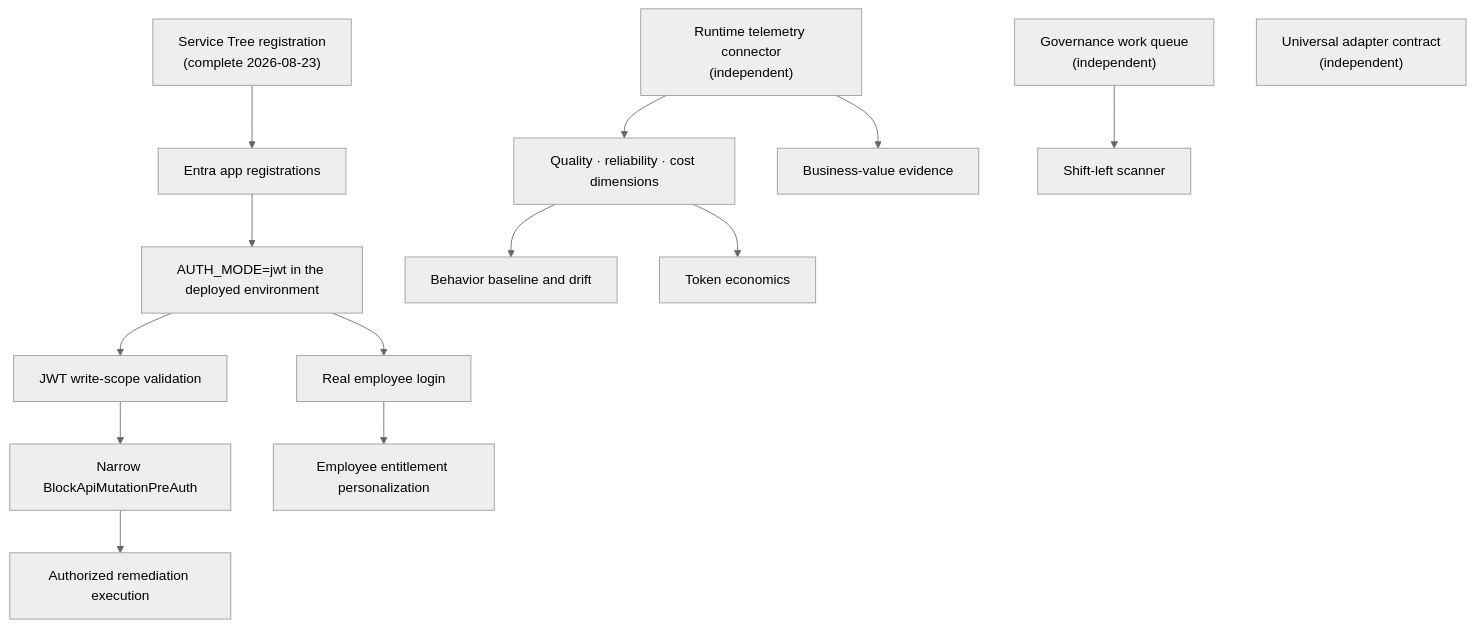
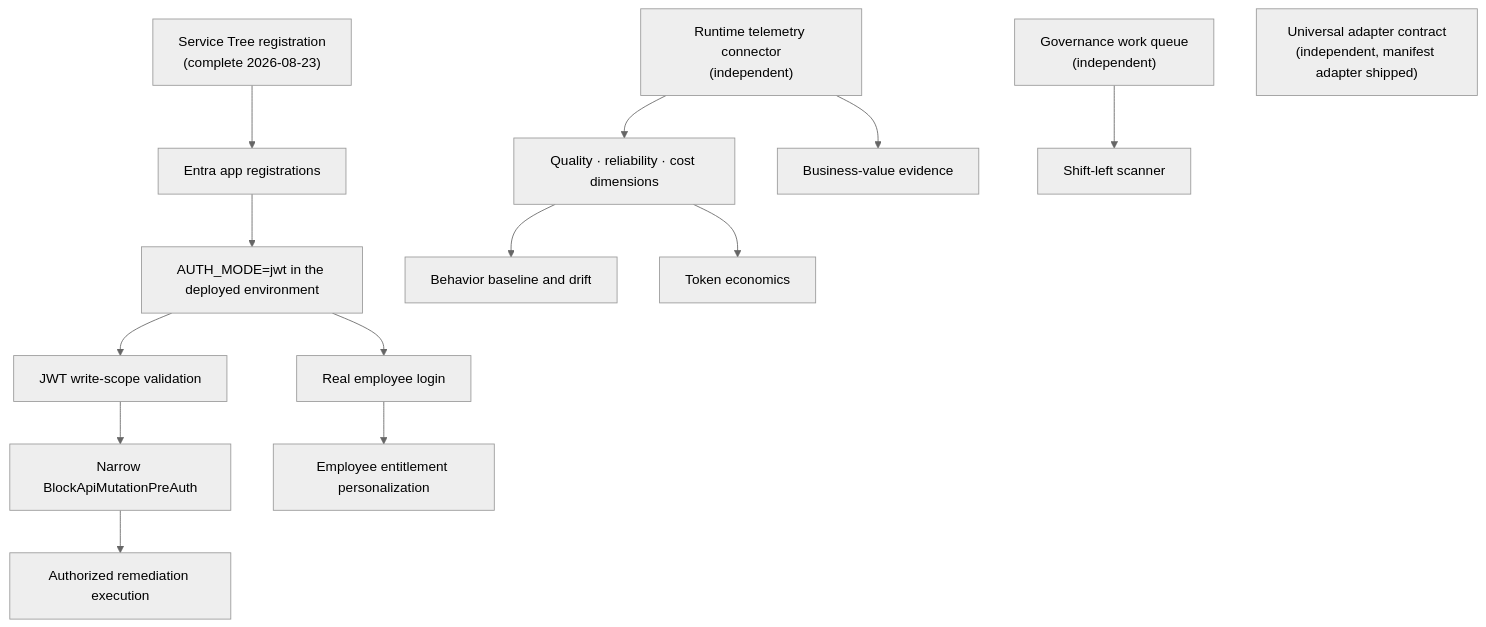
The diagram in docs/roadmap.md (YOONPYOGitHub/agent-sentinel), drawn with Mermaid (neutral theme) before and after one commit. The commit also changed other lines of this file and 30 other files, not shown here.

First line of the commit message:
feat: add universal manifest adapter

````diff
--- a/docs/roadmap.md
+++ b/docs/roadmap.md
@@ -13,20 +13,20 @@
 ```mermaid
 flowchart TD
     ST["Service Tree registration<br/>(complete 2026-08-23)"]
     ST --> EA["Entra app registrations"]
     EA --> AUTH["AUTH_MODE=jwt in the deployed environment"]
     AUTH --> LOGIN["Real employee login"]
     AUTH --> WRITE["JWT write-scope validation"]
     WRITE --> WAF["Narrow BlockApiMutationPreAuth"]
     WAF --> REM["Authorized remediation execution"]
     LOGIN --> ENT["Employee entitlement personalization"]
 
     TEL["Runtime telemetry connector<br/>(independent)"]
     TEL --> DIMS["Quality · reliability · cost dimensions"]
     DIMS --> DRIFT["Behavior baseline and drift"]
     DIMS --> TOKEN["Token economics"]
     TEL --> VALUE["Business-value evidence"]
 
     GOV["Governance work queue<br/>(independent)"] --> SHIFT["Shift-left scanner"]
-    ADAPT["Universal adapter contract<br/>(independent)"]
+    ADAPT["Universal adapter contract<br/>(independent, manifest adapter shipped)"]
 ```
````
